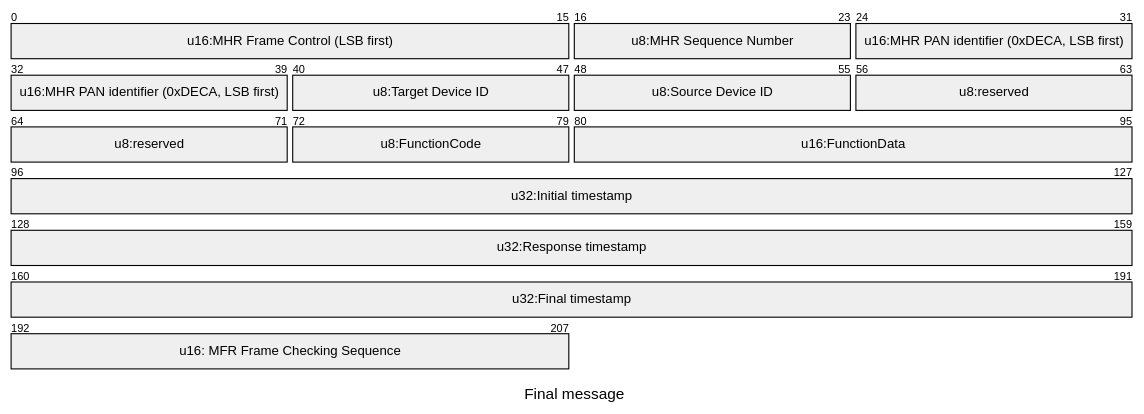
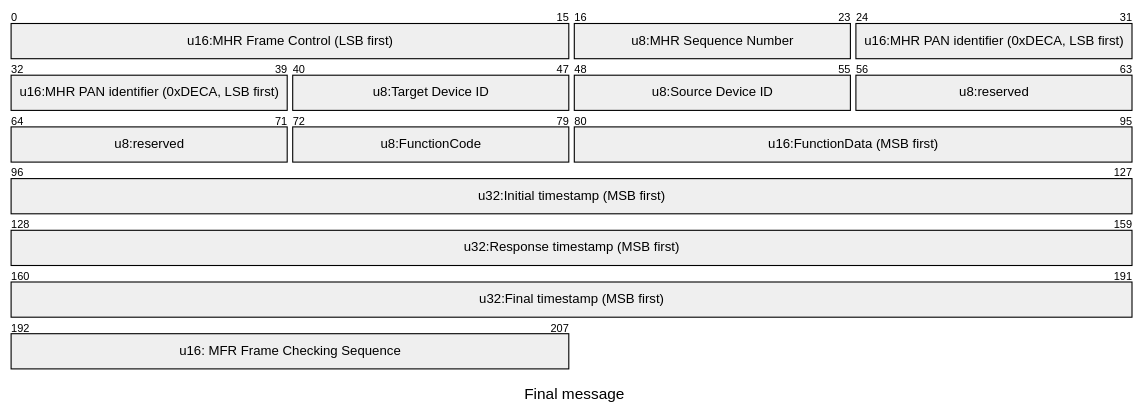
One commit to realzoulou/esphome-uwb-dw3000 changed the fifth of 5 diagrams in doc/how-it-works.md. Above: the diagram before and after it, drawn with Mermaid. The commit also changed other lines of this file and 8 other files, not shown here.

````diff
--- a/doc/how-it-works.md
+++ b/doc/how-it-works.md
@@ -163,23 +164,23 @@
 ```mermaid
 ---
 title: "Final message"
 config:
     packet:
         bitsPerRow: 32
         showBits: true
 ---
 packet-beta
 0-15: "u16:MHR Frame Control (LSB first)"
 16-23: "u8:MHR Sequence Number"
 24-39: "u16:MHR PAN identifier (0xDECA, LSB first)"
 40-47: "u8:Target Device ID"
 48-55: "u8:Source Device ID"
 56-63: "u8:reserved"
 64-71: "u8:reserved"
 72-79: "u8:FunctionCode"
-80-95: "u16:FunctionData"
-96-127: "u32:Initial timestamp"
-128-159: "u32:Response timestamp"
-160-191: "u32:Final timestamp"
+80-95: "u16:FunctionData (MSB first)"
+96-127: "u32:Initial timestamp (MSB first)"
+128-159: "u32:Response timestamp (MSB first)"
+160-191: "u32:Final timestamp (MSB first)"
 192-207: "u16: MFR Frame Checking Sequence"
 ```
````
